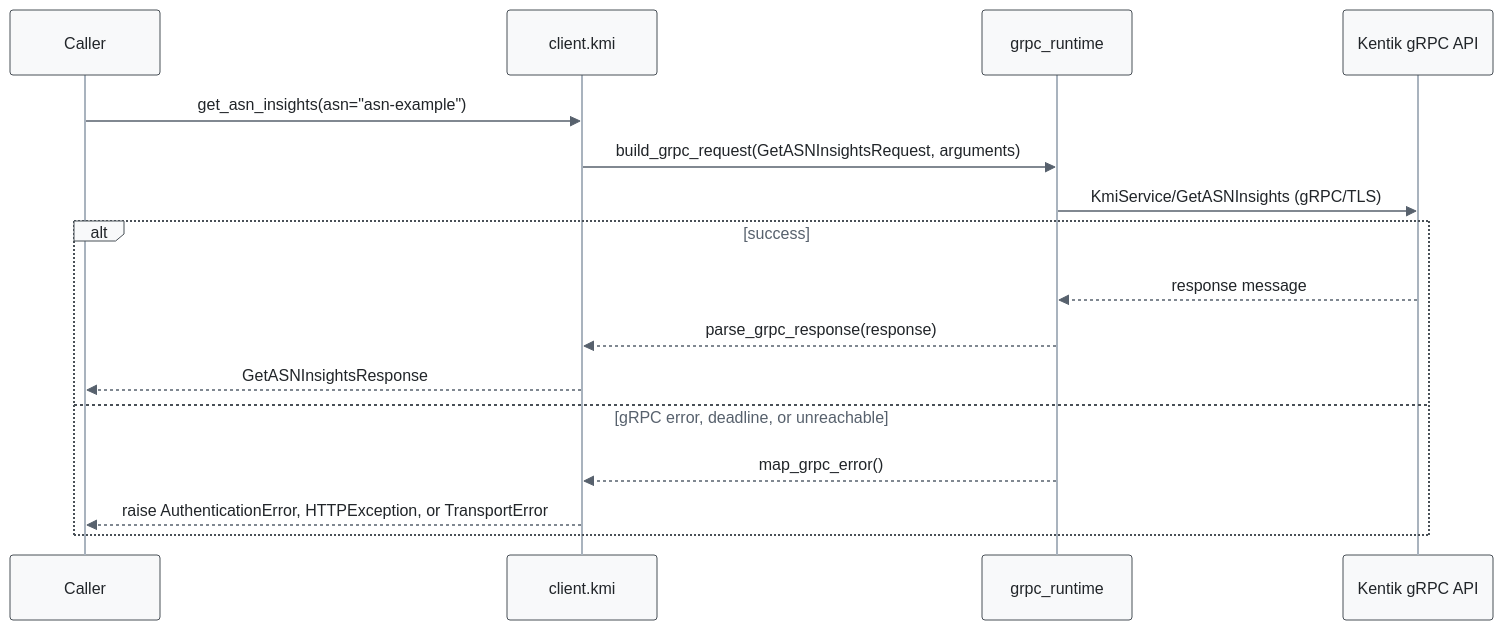
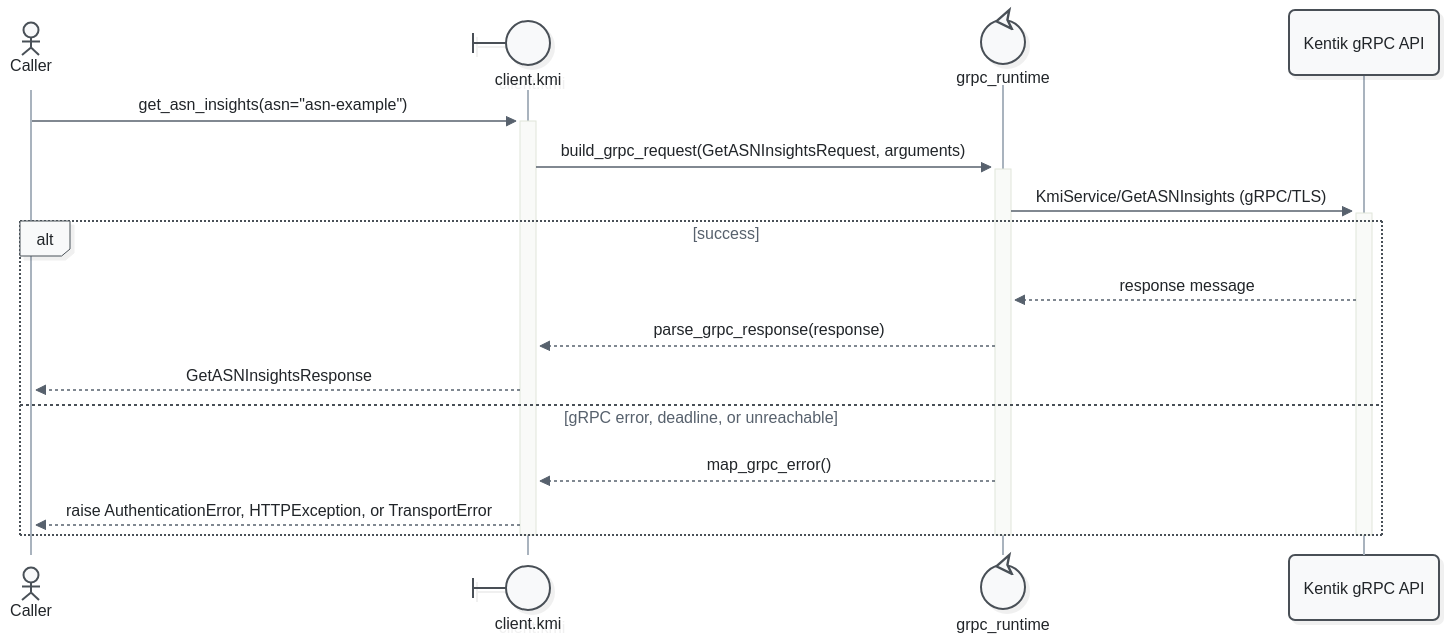
Before and after one commit to alexdearaujo/community_sdk_python: the fourth of 11 diagrams in docs/sphinx/services/kmi.md, drawn with Mermaid. The commit also changed other lines of this file and 52 other files, not shown here.

First line of the commit message:
docs: Mermaid 12 sequence diagrams with participant types and path colors

````diff
--- a/docs/sphinx/services/kmi.md
+++ b/docs/sphinx/services/kmi.md
@@ -136,20 +143,23 @@
 ```mermaid
-%%{init: {"theme": "base", "fontFamily": "ui-monospace, SFMono-Regular, Menlo, monospace", "themeVariables": {"fontFamily": "ui-monospace, SFMono-Regular, Menlo, monospace", "primaryColor": "#f8f9fa", "primaryBorderColor": "#495057", "primaryTextColor": "#212529", "textColor": "#212529", "lineColor": "#77818c", "edgeLabelBackground": "#ffffff", "actorBkg": "#f8f9fa", "actorBorder": "#495057", "actorTextColor": "#212529", "actorLineColor": "#a9b3be", "signalColor": "#57616d", "signalTextColor": "#212529", "labelBoxBkgColor": "#f8f9fa", "labelBoxBorderColor": "#495057", "labelTextColor": "#212529", "loopTextColor": "#57616d", "noteBkgColor": "#fff9db", "noteBorderColor": "#f08c00", "noteTextColor": "#a35a00"}, "flowchart": {"curve": "step", "nodeSpacing": 30, "rankSpacing": 70, "wrappingWidth": 400}}}%%
+%%{init: {"theme": "redux", "look": "neo", "layout": "dagre", "fontFamily": "ui-monospace, SFMono-Regular, Menlo, monospace", "themeVariables": {"fontFamily": "ui-monospace, SFMono-Regular, Menlo, monospace", "primaryColor": "#f8f9fa", "primaryBorderColor": "#495057", "primaryTextColor": "#212529", "textColor": "#212529", "lineColor": "#77818c", "edgeLabelBackground": "#ffffff", "actorBkg": "#f8f9fa", "actorBorder": "#495057", "actorTextColor": "#212529", "actorLineColor": "#a9b3be", "signalColor": "#57616d", "signalTextColor": "#212529", "labelBoxBkgColor": "#f8f9fa", "labelBoxBorderColor": "#495057", "labelTextColor": "#212529", "loopTextColor": "#57616d", "noteBkgColor": "#fff9db", "noteBorderColor": "#f08c00", "noteTextColor": "#a35a00"}, "sequence": {"activationWidth": 16}, "flowchart": {"curve": "step", "nodeSpacing": 30, "rankSpacing": 70, "wrappingWidth": 400}}}%%
 sequenceDiagram
-    participant C as Caller
-    participant W as client.kmi
-    participant R as grpc_runtime
+    actor C as Caller
+    participant W@{ "type": "boundary" } as client.kmi
+    participant R@{ "type": "control" } as grpc_runtime
     participant API as Kentik gRPC API
 
-    C->>W: get_asn_insights(asn="asn-example")
-    W->>R: build_grpc_request(GetASNInsightsRequest, arguments)
-    R->>API: KmiService/GetASNInsights (gRPC/TLS)
+    C->>+W: get_asn_insights(asn="asn-example")
+    W->>+R: build_grpc_request(GetASNInsightsRequest, arguments)
+    R->>+API: KmiService/GetASNInsights (gRPC/TLS)
     alt success
         API-->>R: response message
         R-->>W: parse_grpc_response(response)
         W-->>C: GetASNInsightsResponse
     else gRPC error, deadline, or unreachable
         R-->>W: map_grpc_error()
         W-->>C: raise AuthenticationError, HTTPException, or TransportError
     end
+    deactivate API
+    deactivate R
+    deactivate W
 ```
````
